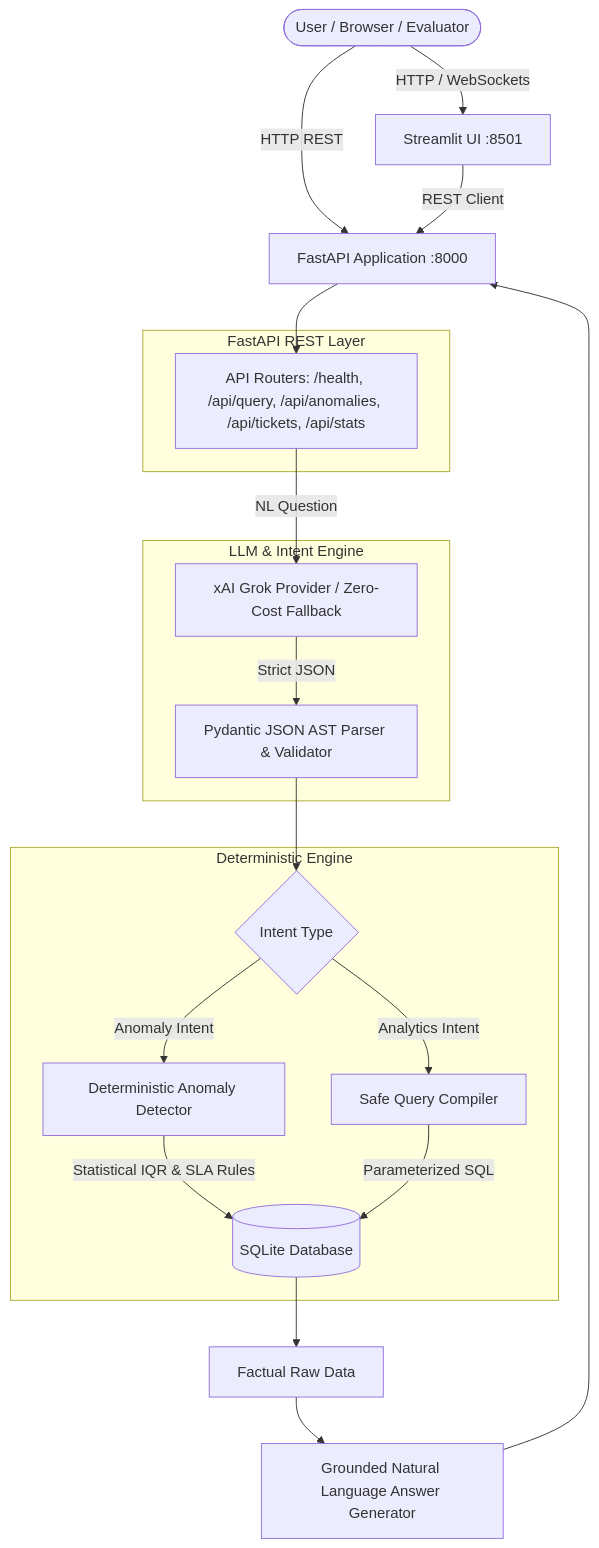
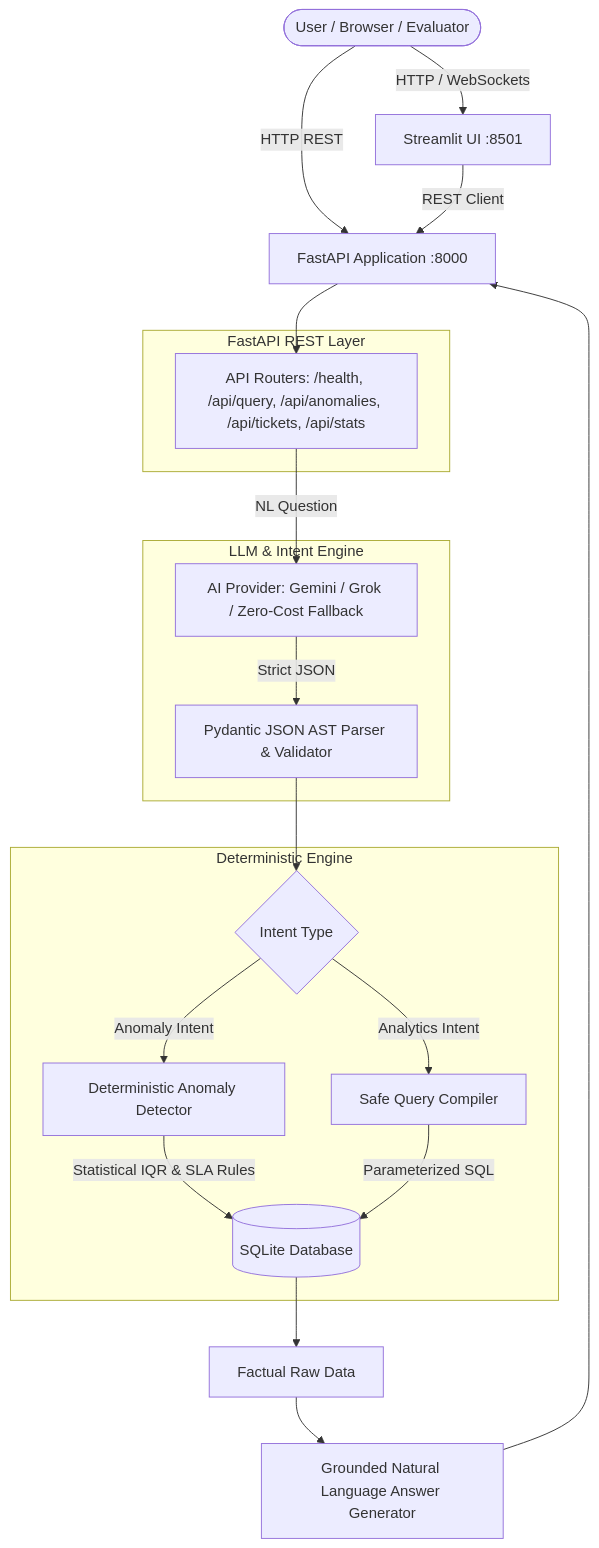
The diagram in README.md (Ayushaggarwal05/DotMappers_Work), drawn with Mermaid before and after one commit. The commit also changed other lines of this file and 10 other files, not shown here.

````diff
--- a/README.md
+++ b/README.md
@@ -37,33 +37,33 @@
 ```mermaid
 flowchart TD
     User([User / Browser / Evaluator]) -->|HTTP / WebSockets| UI[Streamlit UI :8501]
     User -->|HTTP REST| API[FastAPI Application :8000]
     UI -->|REST Client| API
 
     subgraph API_Layer [FastAPI REST Layer]
         Router[API Routers: /health, /api/query, /api/anomalies, /api/tickets, /api/stats]
     end
 
     API --> Router
 
     subgraph NLP_Layer [LLM & Intent Engine]
-        XAI[xAI Grok Provider / Zero-Cost Fallback]
+        AI[AI Provider: Gemini / Grok / Zero-Cost Fallback]
         Parser[Pydantic JSON AST Parser & Validator]
-        Router -->|NL Question| XAI
-        XAI -->|Strict JSON| Parser
+        Router -->|NL Question| AI
+        AI -->|Strict JSON| Parser
     end
 
     subgraph Execution_Engine [Deterministic Engine]
         Decision{Intent Type}
         Parser --> Decision
         Decision -->|Anomaly Intent| Detector[Deterministic Anomaly Detector]
         Decision -->|Analytics Intent| Compiler[Safe Query Compiler]
         
         Detector -->|Statistical IQR & SLA Rules| DB[(SQLite Database)]
         Compiler -->|Parameterized SQL| DB
     end
 
     DB --> Result[Factual Raw Data]
     Result --> AnswerGen[Grounded Natural Language Answer Generator]
     AnswerGen --> API
 ```
````
